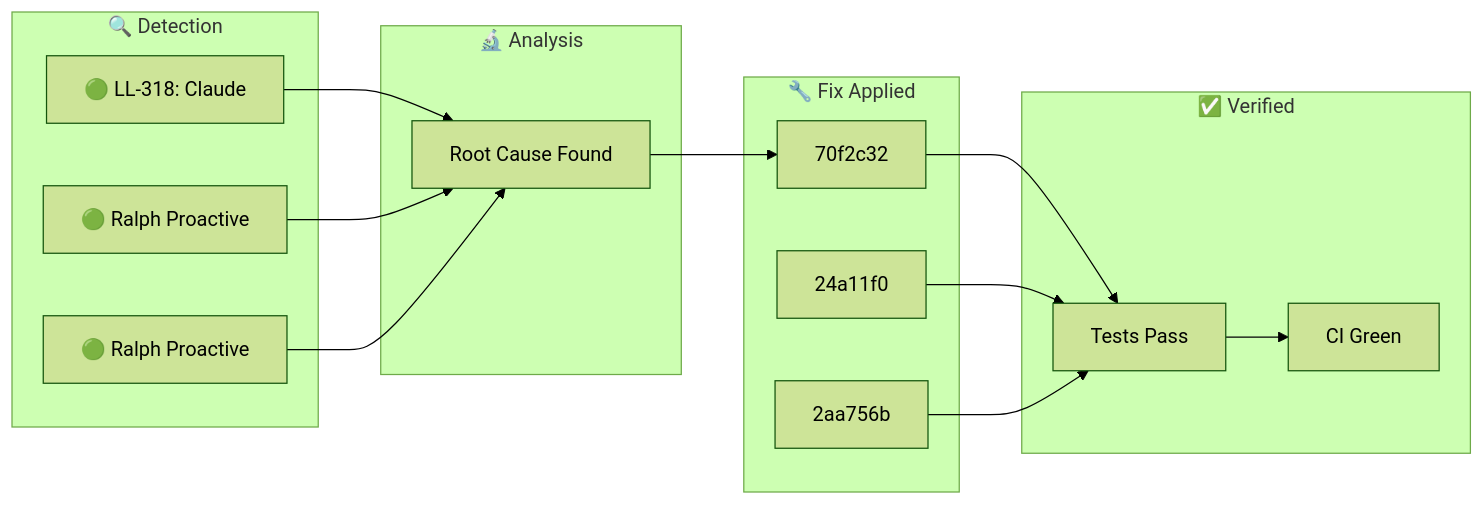
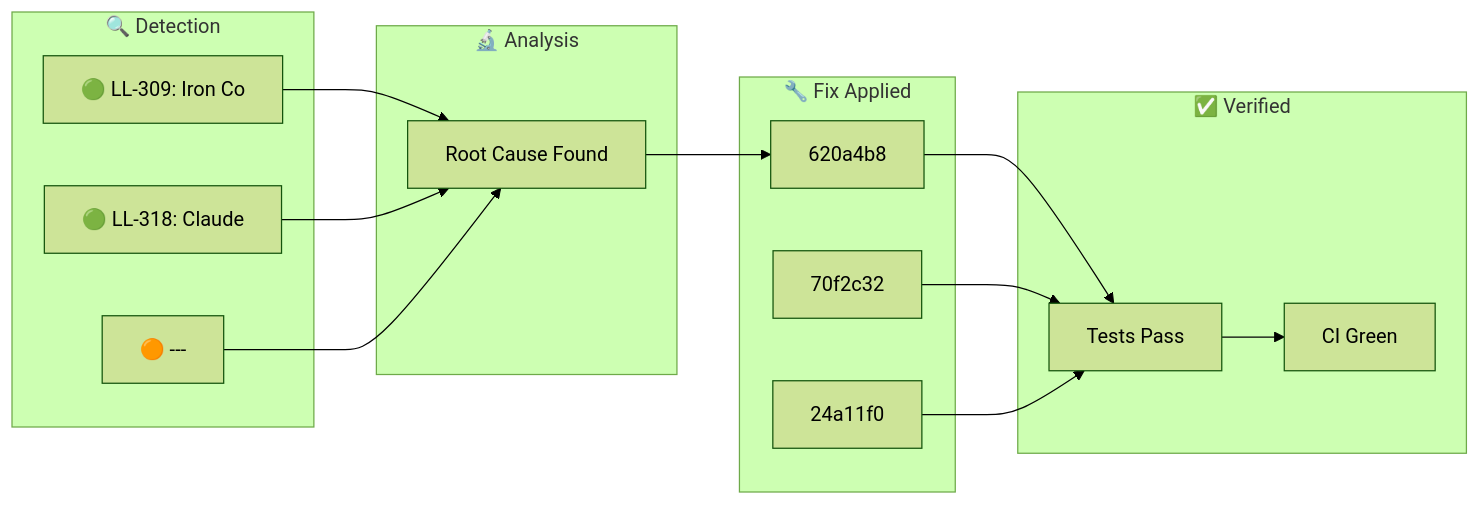
Before and after one commit to YoByron/trading: the diagram in docs/_posts/2026-01-30-ralph-discovery.md, drawn with Mermaid (forest theme). The commit also changed other lines of this file, not shown here.

Commit message:
docs(ralph): Auto-publish discovery blog post

````diff
--- a/docs/_posts/2026-01-30-ralph-discovery.md
+++ b/docs/_posts/2026-01-30-ralph-discovery.md
@@ -17,28 +17,28 @@
 ```mermaid
 flowchart LR
     subgraph Detection["🔍 Detection"]
-        D1["🟢 LL-318: Claude "]
-        D2["🟢 Ralph Proactive"]
-        D3["🟢 Ralph Proactive"]
+        D1["🟢 LL-309: Iron Co"]
+        D2["🟢 LL-318: Claude "]
+        D3["🟠 ---"]
     end
     subgraph Analysis["🔬 Analysis"]
         A1["Root Cause Found"]
     end
     subgraph Fix["🔧 Fix Applied"]
-        F1["70f2c32"]
-        F2["24a11f0"]
-        F3["2aa756b"]
+        F1["620a4b8"]
+        F2["70f2c32"]
+        F3["24a11f0"]
     end
     subgraph Verify["✅ Verified"]
         V1["Tests Pass"]
         V2["CI Green"]
     end
     D1 --> A1
     D2 --> A1
     D3 --> A1
     A1 --> F1
     F1 --> V1
     F2 --> V1
     F3 --> V1
     V1 --> V2
 ```
````
